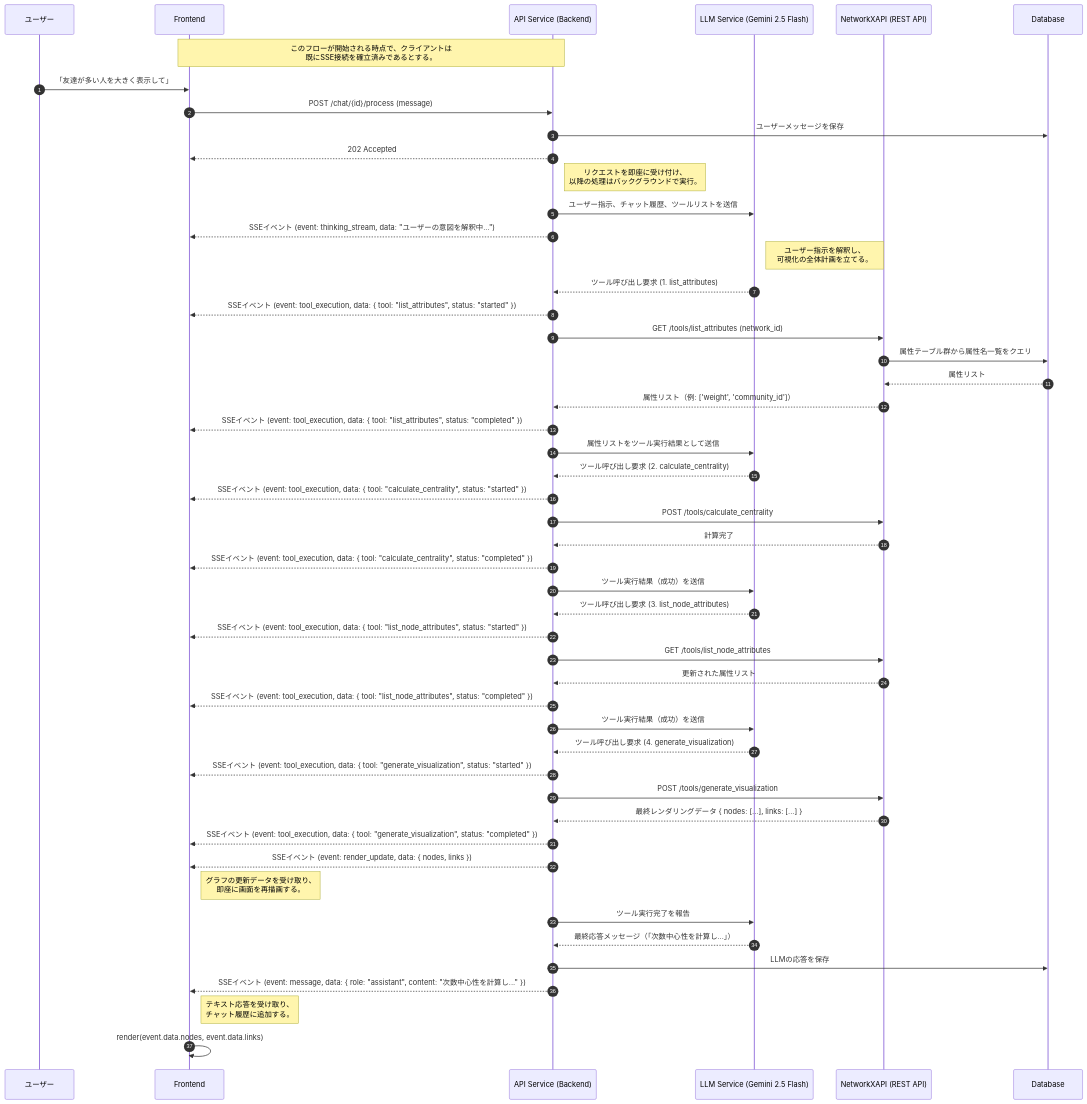
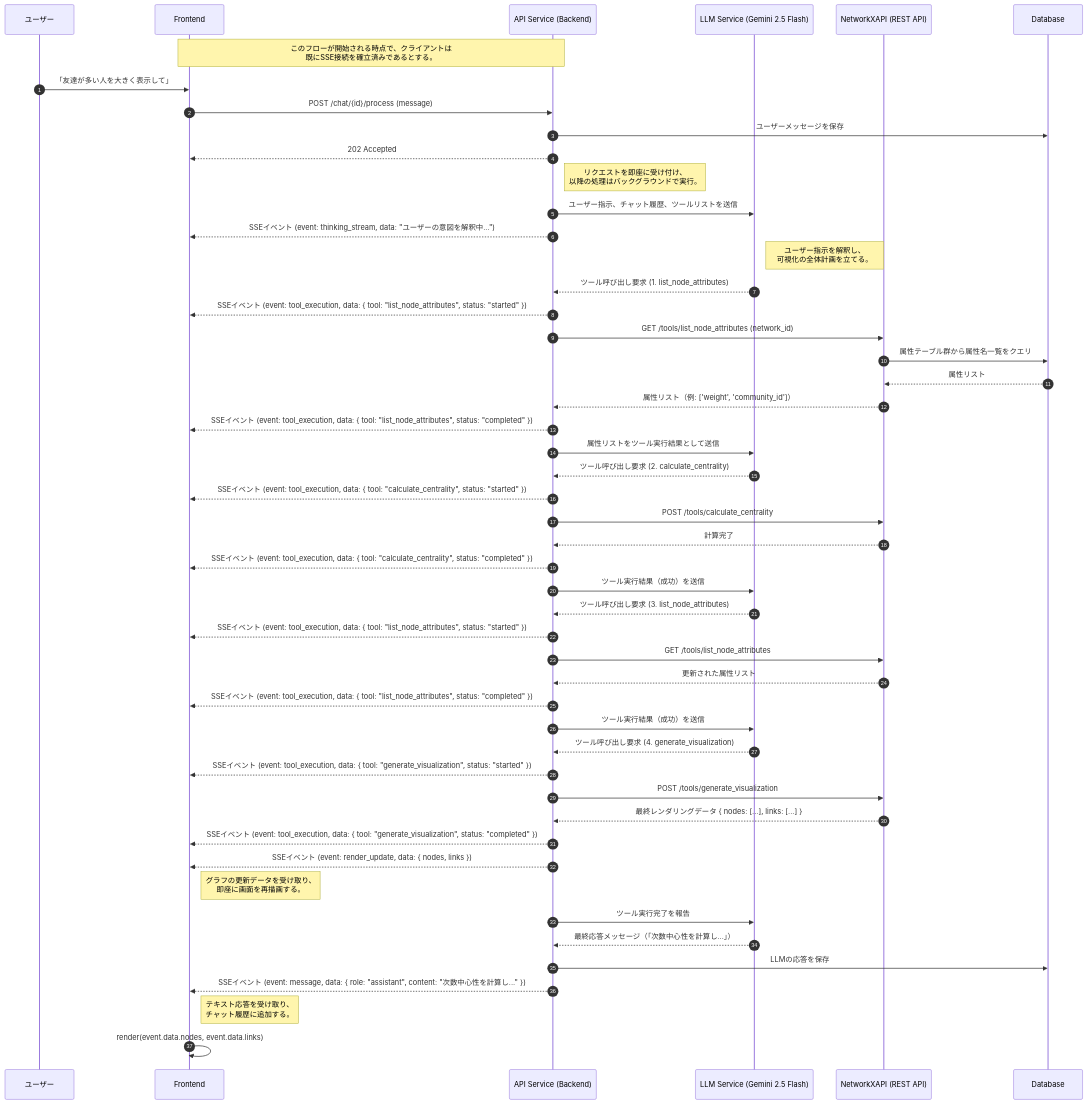
Before and after one commit to vdslab/LLMGraphvis: the second of 3 diagrams in specification/2_Technical_Details/6_Core_Workflows.md, drawn with Mermaid. The commit also changed other lines of this file and 10 other files, not shown here.

Commit message:
fix: Add graph upload reproduction script, improve upload error logging, and introduce visualization utilities with refined LLM network tool

````diff
--- a/specification/2_Technical_Details/6_Core_Workflows.md
+++ b/specification/2_Technical_Details/6_Core_Workflows.md
@@ -81,74 +81,74 @@
 ```mermaid
 sequenceDiagram
     autonumber
     %% Participants
     participant U as ユーザー
     participant F as Frontend
     participant B as API Service (Backend)
     participant LLM as LLM Service (Gemini 2.5 Flash)
     participant N as NetworkXAPI (REST API)
     participant DB as Database
 
     note over F, B: このフローが開始される時点で、クライアントは<br/>既にSSE接続を確立済みであるとする。
 
     U->>F: 「友達が多い人を大きく表示して」
     F->>B: POST /chat/{id}/process (message)
     B->>DB: ユーザーメッセージを保存
     B-->>F: 202 Accepted
     note right of B: リクエストを即座に受け付け、<br/>以降の処理はバックグラウンドで実行。
 
     %% Step 1: Backend starts the process and streams thinking
     B->>LLM: ユーザー指示、チャット履歴、ツールリストを送信
     B-->>F: SSEイベント (event: thinking_stream, data: "ユーザーの意図を解釈中...")
     note right of LLM: ユーザー指示を解釈し、<br/>可視化の全体計画を立てる。
-    LLM-->>B: ツール呼び出し要求 (1. list_attributes)
+    LLM-->>B: ツール呼び出し要求 (1. list_node_attributes)
 
     %% Step 2: Backend executes tools and streams status
-    B-->>F: SSEイベント (event: tool_execution, data: { tool: "list_attributes", status: "started" })
-    B->>N: GET /tools/list_attributes (network_id)
+    B-->>F: SSEイベント (event: tool_execution, data: { tool: "list_node_attributes", status: "started" })
+    B->>N: GET /tools/list_node_attributes (network_id)
     N->>DB: 属性テーブル群から属性名一覧をクエリ
     DB-->>N: 属性リスト
     N-->>B: 属性リスト（例: ['weight', 'community_id']）
-    B-->>F: SSEイベント (event: tool_execution, data: { tool: "list_attributes", status: "completed" })
+    B-->>F: SSEイベント (event: tool_execution, data: { tool: "list_node_attributes", status: "completed" })
 
     %% Step 3: Backend continues planning with LLM
     B->>LLM: 属性リストをツール実行結果として送信
     LLM-->>B: ツール呼び出し要求 (2. calculate_centrality)
 
     %% Step 4: Backend executes calculate_centrality
     B-->>F: SSEイベント (event: tool_execution, data: { tool: "calculate_centrality", status: "started" })
     B->>N: POST /tools/calculate_centrality
     N-->>B: 計算完了
     B-->>F: SSEイベント (event: tool_execution, data: { tool: "calculate_centrality", status: "completed" })
     
     B->>LLM: ツール実行結果（成功）を送信
     LLM-->>B: ツール呼び出し要求 (3. list_node_attributes)
 
     %% Step 5: Backend executes list_node_attributes (Verification)
     B-->>F: SSEイベント (event: tool_execution, data: { tool: "list_node_attributes", status: "started" })
     B->>N: GET /tools/list_node_attributes
     N-->>B: 更新された属性リスト
     B-->>F: SSEイベント (event: tool_execution, data: { tool: "list_node_attributes", status: "completed" })
 
     B->>LLM: ツール実行結果（成功）を送信
     LLM-->>B: ツール呼び出し要求 (4. generate_visualization)
 
     %% Step 6: Backend executes generate_visualization
     B-->>F: SSEイベント (event: tool_execution, data: { tool: "generate_visualization", status: "started" })
     B->>N: POST /tools/generate_visualization
     N-->>B: 最終レンダリングデータ { nodes: [...], links: [...] }
     B-->>F: SSEイベント (event: tool_execution, data: { tool: "generate_visualization", status: "completed" })
 
     %% Step 7: Backend sends final data and text response via SSE
     B-->>F: SSEイベント (event: render_update, data: { nodes, links })
     note right of F: グラフの更新データを受け取り、<br/>即座に画面を再描画する。
 
     B->>LLM: ツール実行完了を報告
     LLM-->>B: 最終応答メッセージ（「次数中心性を計算し...」）
     B->>DB: LLMの応答を保存
     B-->>F: SSEイベント (event: message, data: { role: "assistant", content: "次数中心性を計算し..." })
     note right of F: テキスト応答を受け取り、<br/>チャット履歴に追加する。
 
     %% Step 8: Frontend renders the updated network
     F->>F: render(event.data.nodes, event.data.links)
 ```
````
